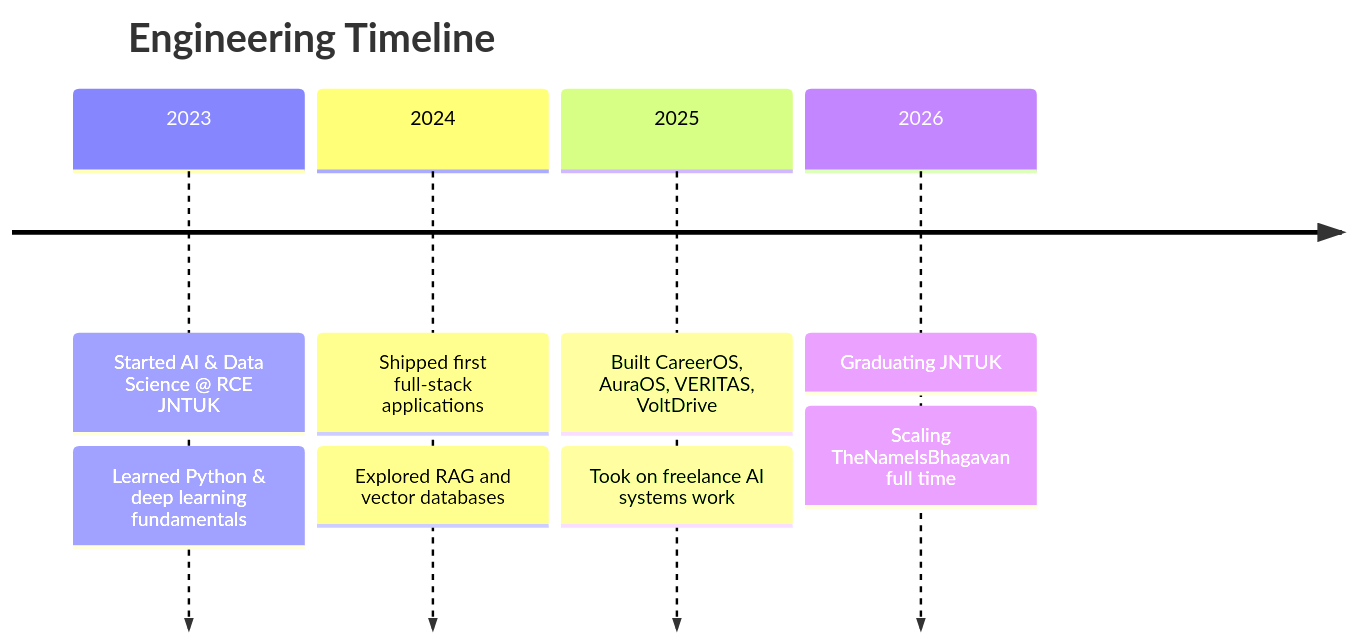
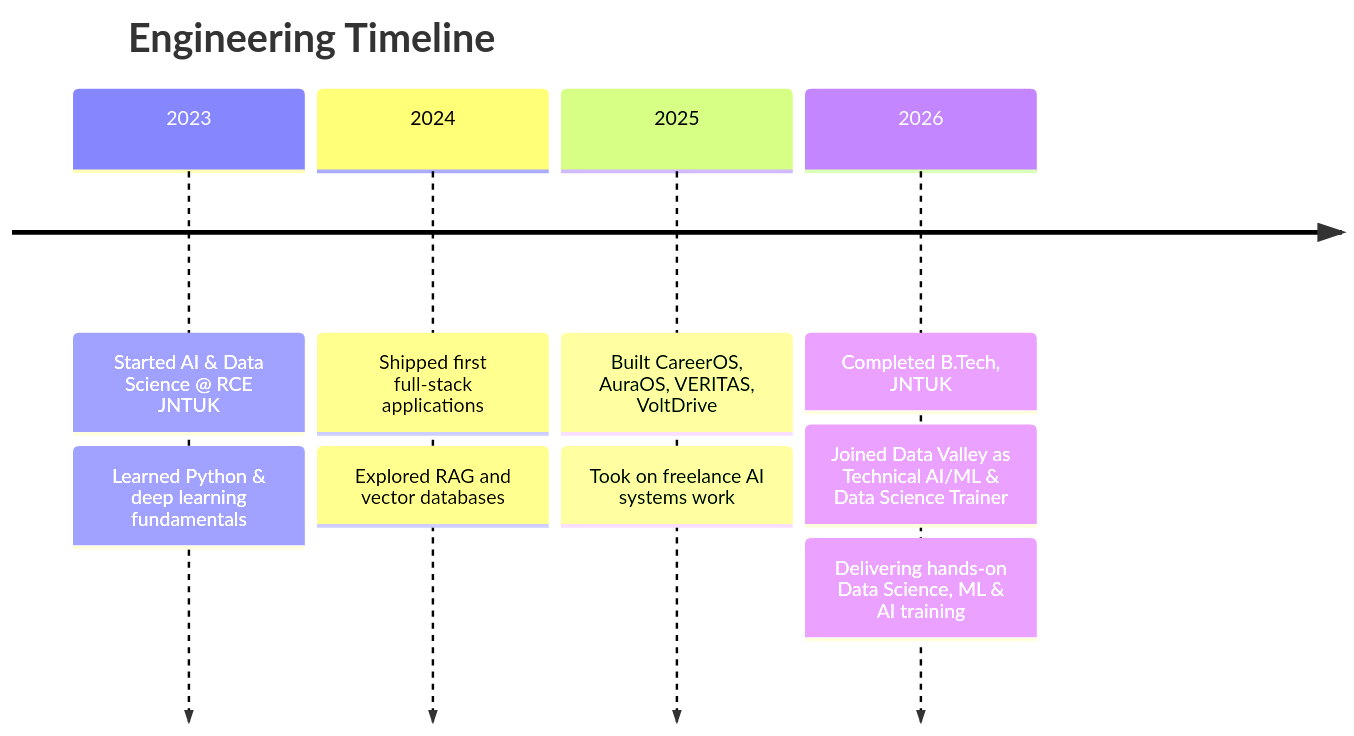
One commit to thenameisbhagavan/thenameisbhagavan changed the second of 2 diagrams in README.md. Above: the diagram before and after it, drawn with Mermaid. The commit also changed other lines of this file, not shown here.

````diff
--- a/README.md
+++ b/README.md
@@ -168,12 +184,13 @@
 ```mermaid
 timeline
     title Engineering Timeline
     2023 : Started AI & Data Science @ RCE JNTUK
          : Learned Python & deep learning fundamentals
     2024 : Shipped first full-stack applications
          : Explored RAG and vector databases
     2025 : Built CareerOS, AuraOS, VERITAS, VoltDrive
          : Took on freelance AI systems work
-    2026 : Graduating JNTUK
-         : Scaling TheNameIsBhagavan full time
+    2026 : Completed B.Tech, JNTUK
+         : Joined Data Valley as Technical AI/ML & Data Science Trainer
+         : Delivering hands-on Data Science, ML & AI training
 ```
````
